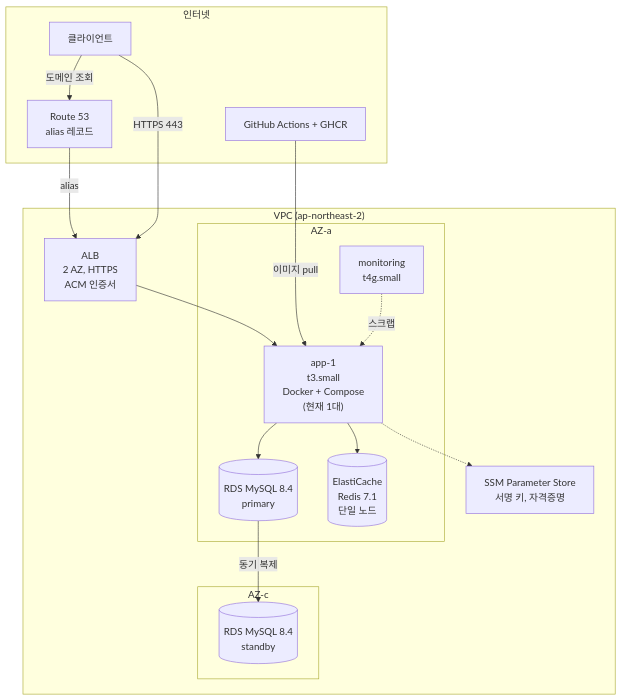
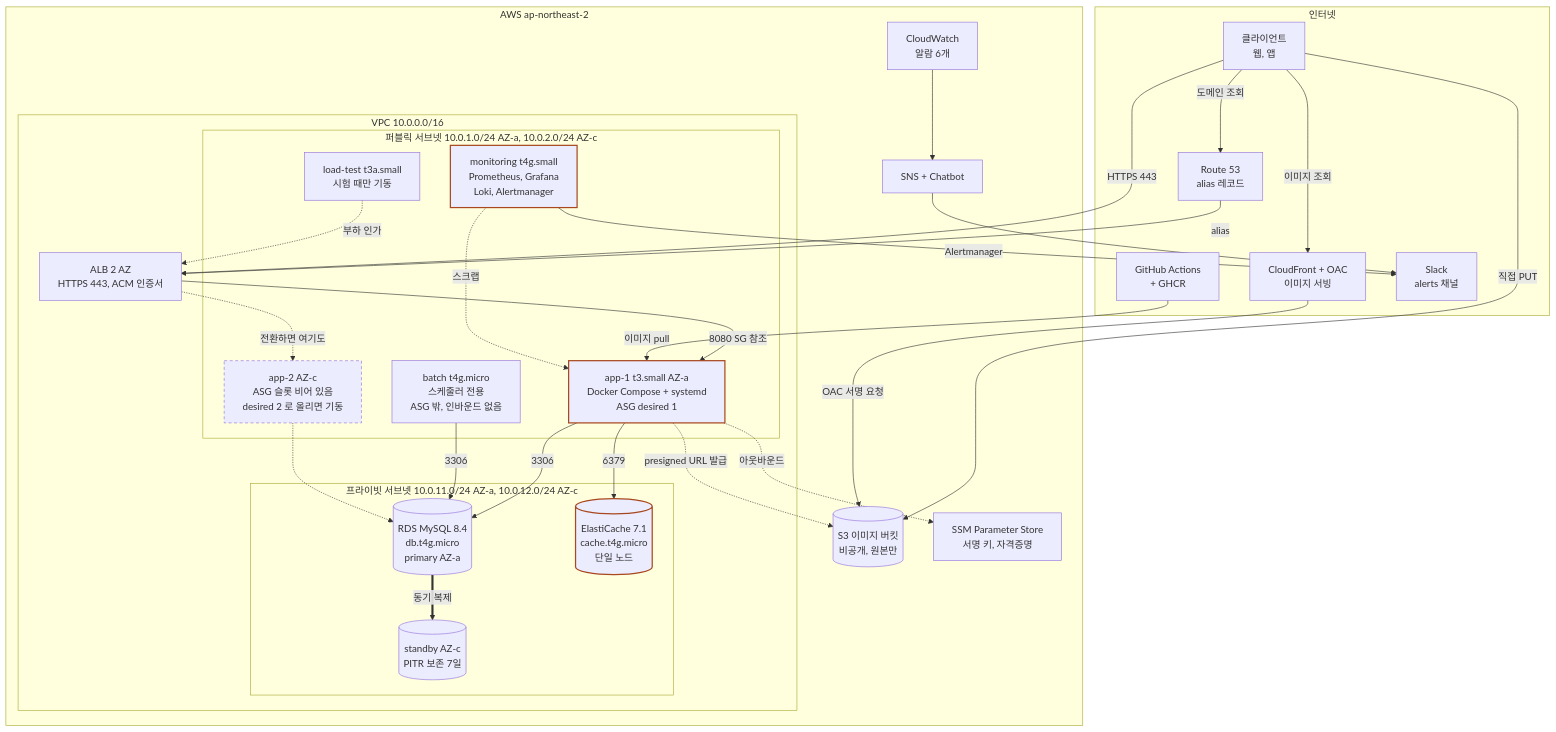
One commit to LGU-2/infra changed the first of 10 diagrams in docs/system-design/백엔드공통_시스템디자인_종합.md. Above: the diagram before and after it, drawn with Mermaid. The commit also changed other lines of this file, not shown here.

Commit message:
[Docs] 한 장 요약에 이미지 경로와 배치, 알림 경로를 그린다

````diff
--- a/docs/system-design/백엔드공통_시스템디자인_종합.md
+++ b/docs/system-design/백엔드공통_시스템디자인_종합.md
@@ -10,36 +10,61 @@
 ```mermaid
 graph TB
     subgraph internet["인터넷"]
-        U["클라이언트"]
-        GH["GitHub Actions + GHCR"]
+        U["클라이언트<br/>웹, 앱"]
         R53["Route 53<br/>alias 레코드"]
+        CFT["CloudFront + OAC<br/>이미지 서빙"]
+        GH["GitHub Actions<br/>+ GHCR"]
+        SLK["Slack<br/>alerts 채널"]
     end
 
-    subgraph vpc["VPC (ap-northeast-2)"]
-        ALB["ALB<br/>2 AZ, HTTPS<br/>ACM 인증서"]
+    subgraph aws["AWS ap-northeast-2"]
+        S3I[("S3 이미지 버킷<br/>비공개, 원본만")]
+        SSM["SSM Parameter Store<br/>서명 키, 자격증명"]
+        CWA["CloudWatch<br/>알람 6개"]
+        SNS["SNS + Chatbot"]
 
-        subgraph aza["AZ-a"]
-            APP1["app-1<br/>t3.small<br/>Docker + Compose<br/>(현재 1대)"]
-            RDS1[("RDS MySQL 8.4<br/>primary")]
-            CACHE[("ElastiCache<br/>Redis 7.1<br/>단일 노드")]
-            MON["monitoring<br/>t4g.small"]
+        subgraph vpc["VPC 10.0.0.0/16"]
+            ALB["ALB 2 AZ<br/>HTTPS 443, ACM 인증서"]
+
+            subgraph pub["퍼블릭 서브넷 10.0.1.0/24 AZ-a, 10.0.2.0/24 AZ-c"]
+                APP1["app-1 t3.small AZ-a<br/>Docker Compose + systemd<br/>ASG desired 1"]
+                APP2["app-2 AZ-c<br/>ASG 슬롯 비어 있음<br/>desired 2 로 올리면 기동"]
+                MON["monitoring t4g.small<br/>Prometheus, Grafana<br/>Loki, Alertmanager"]
+                BAT["batch t4g.micro<br/>스케줄러 전용<br/>ASG 밖, 인바운드 없음"]
+                LTI["load-test t3a.small<br/>시험 때만 기동"]
+            end
+
+            subgraph pri["프라이빗 서브넷 10.0.11.0/24 AZ-a, 10.0.12.0/24 AZ-c"]
+                RDS1[("RDS MySQL 8.4<br/>db.t4g.micro<br/>primary AZ-a")]
+                RDS2[("standby AZ-c<br/>PITR 보존 7일")]
+                CACHE[("ElastiCache 7.1<br/>cache.t4g.micro<br/>단일 노드")]
+            end
         end
-
-        subgraph azc["AZ-c"]
-            RDS2[("RDS MySQL 8.4<br/>standby")]
-        end
-
-        SSM["SSM Parameter Store<br/>서명 키, 자격증명"]
     end
 
     U -->|도메인 조회| R53
     R53 -->|alias| ALB
     U -->|HTTPS 443| ALB
-    ALB --> APP1
-    APP1 --> RDS1
-    APP1 --> CACHE
-    APP1 -.-> SSM
-    RDS1 -->|동기 복제| RDS2
+    ALB -->|8080 SG 참조| APP1
+    APP1 -->|3306| RDS1
+    APP1 -->|6379| CACHE
+    RDS1 ==>|동기 복제| RDS2
+    APP1 -.->|presigned URL 발급| S3I
+    U -->|직접 PUT| S3I
+    U -->|이미지 조회| CFT
+    CFT -->|OAC 서명 요청| S3I
+    APP1 -.->|아웃바운드| SSM
+    BAT -->|3306| RDS1
     GH -->|이미지 pull| APP1
     MON -.->|스크랩| APP1
+    MON -->|Alertmanager| SLK
+    CWA --> SNS --> SLK
+    LTI -.->|부하 인가| ALB
+    ALB -.->|전환하면 여기도| APP2
+    APP2 -.-> RDS1
+
+    classDef spof stroke:#A8481F,stroke-width:2px;
+    class APP1,CACHE,MON spof;
+    classDef idle stroke-dasharray:5 4;
+    class APP2 idle;
 ```
````
